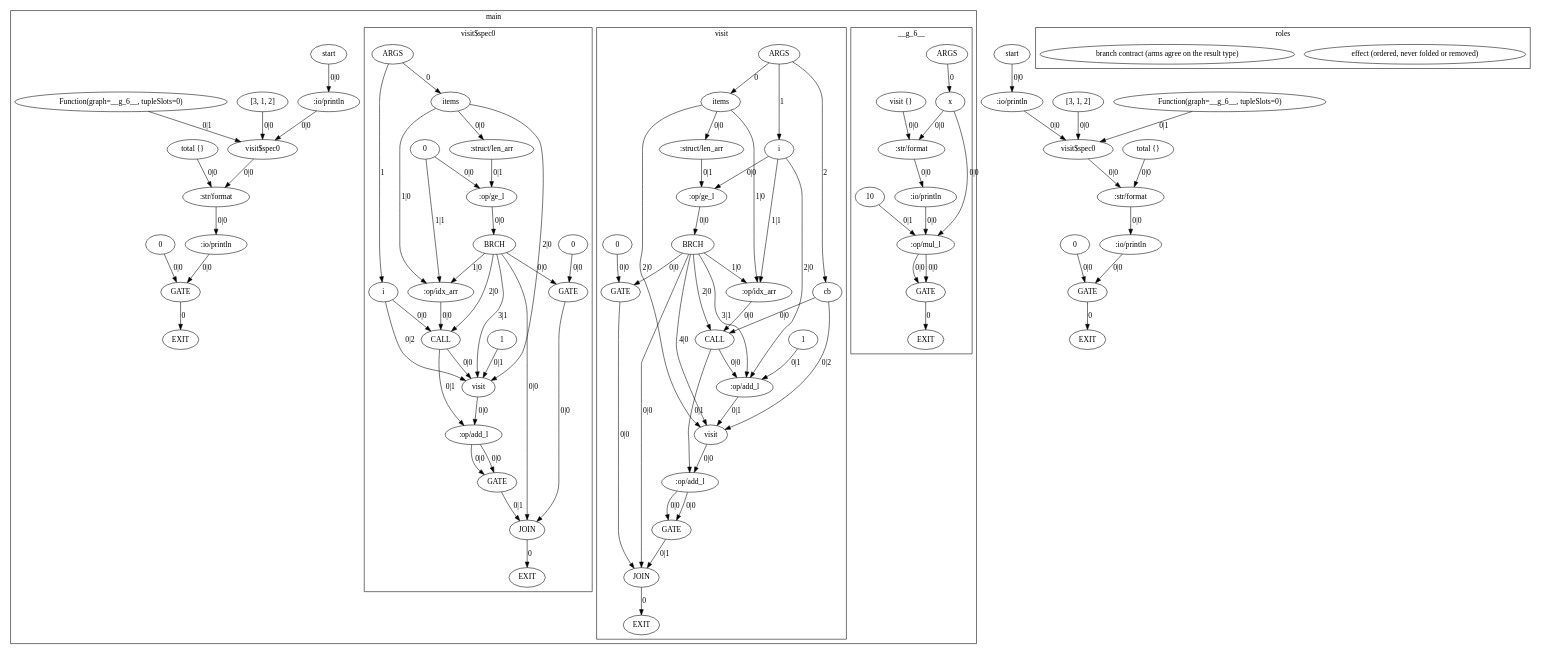
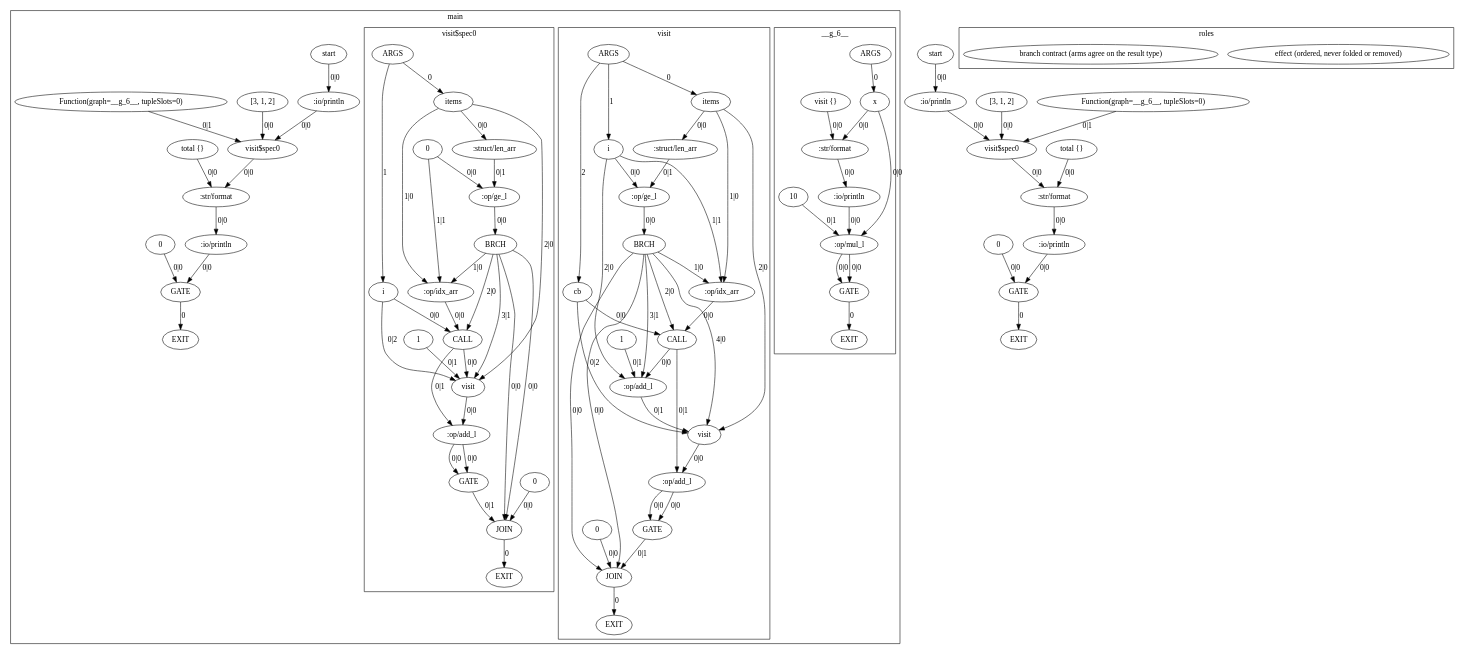
Before and after one commit to OpenCML/Camel: the diagram in exemplars/05_effect_order/expected/simplified.agir.dot, drawn with Graphviz. The commit also changed 46 other files, not shown here.

```diff
--- a/exemplars/05_effect_order/expected/simplified.agir.dot
+++ b/exemplars/05_effect_order/expected/simplified.agir.dot
@@ -35,14 +35,13 @@
             N0C [label="JOIN", type="JOIN", role="branch-contract", origin=269, span="9:11-12:5", srcfile="exemplars/05_effect_order/program.cml", value_type="int"];
             N0D [label="BRCH", type="BRCH", origin=268, span="9:11-12:5", srcfile="exemplars/05_effect_order/program.cml", value_type="int"];
             N0E [label="0", type="DATA", origin=271, span="9:35-9:36", srcfile="exemplars/05_effect_order/program.cml", value_type="int"];
-            N0F [label="GATE", type="GATE", value_type="int"];
-            N10 [label=":op/idx_arr", type="OPER", origin=274, span="10:24-10:25", srcfile="exemplars/05_effect_order/program.cml", value_type="int"];
-            N11 [label="CALL", type="CALL", origin=275, span="10:16-10:28", srcfile="exemplars/05_effect_order/program.cml", value_type="int"];
-            N12 [label="1", type="DATA", origin=279, span="11:32-11:33", srcfile="exemplars/05_effect_order/program.cml", value_type="int"];
-            N13 [label=":op/add_l", type="OPER", origin=280, span="11:30-11:31", srcfile="exemplars/05_effect_order/program.cml", value_type="int"];
-            N14 [label="visit", type="FUNC", origin=281, span="11:15-11:38", srcfile="exemplars/05_effect_order/program.cml", value_type="int"];
-            N15 [label=":op/add_l", type="OPER", origin=282, span="11:39-11:40", srcfile="exemplars/05_effect_order/program.cml", value_type="int"];
-            N16 [label="GATE", type="GATE", value_type="int"];
+            N0F [label=":op/idx_arr", type="OPER", origin=274, span="10:24-10:25", srcfile="exemplars/05_effect_order/program.cml", value_type="int"];
+            N10 [label="CALL", type="CALL", origin=275, span="10:16-10:28", srcfile="exemplars/05_effect_order/program.cml", value_type="int"];
+            N11 [label="1", type="DATA", origin=279, span="11:32-11:33", srcfile="exemplars/05_effect_order/program.cml", value_type="int"];
+            N12 [label=":op/add_l", type="OPER", origin=280, span="11:30-11:31", srcfile="exemplars/05_effect_order/program.cml", value_type="int"];
+            N13 [label="visit", type="FUNC", origin=281, span="11:15-11:38", srcfile="exemplars/05_effect_order/program.cml", value_type="int"];
+            N14 [label=":op/add_l", type="OPER", origin=282, span="11:39-11:40", srcfile="exemplars/05_effect_order/program.cml", value_type="int"];
+            N15 [label="GATE", type="GATE", value_type="int"];
             F03 -> N07 [label="0", type="NORM_PORT"];
             F03 -> N08 [label="1", type="NORM_PORT"];
             F03 -> N09 [label="2", type="NORM_PORT"];
@@ -50,121 +49,118 @@
             N07 -> N0A [label="0|0", type="NORM"];
             N08 -> N0B [label="0|0", type="NORM"];
             N0A -> N0B [label="0|1", type="NORM"];
-            N0F -> N0C [label="0|0", type="WITH"];
-            N16 -> N0C [label="0|1", type="WITH"];
+            N0E -> N0C [label="0|0", type="WITH"];
+            N15 -> N0C [label="0|1", type="WITH"];
             N0D -> N0C [label="0|0", type="NORM"];
+            N0D -> N0C [label="0|0", type="CTRL"];
             N0B -> N0D [label="0|0", type="NORM"];
-            N0E -> N0F [label="0|0", type="NORM"];
-            N0D -> N0F [label="0|0", type="CTRL"];
-            N07 -> N10 [label="1|0", type="NORM"];
-            N08 -> N10 [label="1|1", type="NORM"];
-            N0D -> N10 [label="1|0", type="CTRL"];
-            N09 -> N11 [label="0|0", type="WITH"];
-            N10 -> N11 [label="0|0", type="NORM"];
-            N0D -> N11 [label="2|0", type="CTRL"];
-            N08 -> N13 [label="2|0", type="NORM"];
+            N07 -> N0F [label="1|0", type="NORM"];
+            N08 -> N0F [label="1|1", type="NORM"];
+            N0D -> N0F [label="1|0", type="CTRL"];
+            N09 -> N10 [label="0|0", type="WITH"];
+            N0F -> N10 [label="0|0", type="NORM"];
+            N0D -> N10 [label="2|0", type="CTRL"];
+            N08 -> N12 [label="2|0", type="NORM"];
+            N11 -> N12 [label="0|1", type="NORM"];
+            N10 -> N12 [label="0|0", type="CTRL"];
+            N0D -> N12 [label="3|1", type="CTRL"];
+            N07 -> N13 [label="2|0", type="NORM"];
             N12 -> N13 [label="0|1", type="NORM"];
-            N11 -> N13 [label="0|0", type="CTRL"];
-            N0D -> N13 [label="3|1", type="CTRL"];
-            N07 -> N14 [label="2|0", type="NORM"];
-            N13 -> N14 [label="0|1", type="NORM"];
-            N09 -> N14 [label="0|2", type="NORM"];
-            N0D -> N14 [label="4|0", type="CTRL"];
+            N09 -> N13 [label="0|2", type="NORM"];
+            N0D -> N13 [label="4|0", type="CTRL"];
+            N13 -> N14 [label="0|0", type="NORM"];
+            N10 -> N14 [label="0|1", type="NORM"];
             N14 -> N15 [label="0|0", type="NORM"];
-            N11 -> N15 [label="0|1", type="NORM"];
-            N15 -> N16 [label="0|0", type="NORM"];
-            N15 -> N16 [label="0|0", type="CTRL"];
+            N14 -> N15 [label="0|0", type="CTRL"];
         }
         subgraph cluster_F04 {
             label="visit$spec0";
             F04 [label="ARGS", type="ARGS"];
             O04 [label="EXIT", type="EXIT"];
-            N17 [label="items", type="PORT", param_name="items", param_kind="normal", param_index="0", value_type="int[]"];
-            N18 [label="i", type="PORT", param_name="i", param_kind="normal", param_index="1", value_type="(x: int) => int"];
-            N19 [label=":struct/len_arr", type="OPER", origin=266, span="9:19-9:22", srcfile="exemplars/05_effect_order/program.cml", value_type="int"];
-            N1A [label=":op/ge_l", type="OPER", origin=267, span="9:16-9:18", srcfile="exemplars/05_effect_order/program.cml", value_type="bool"];
-            N1B [label="JOIN", type="JOIN", role="branch-contract", origin=269, span="9:11-12:5", srcfile="exemplars/05_effect_order/program.cml", value_type="int"];
-            N1C [label="BRCH", type="BRCH", origin=268, span="9:11-12:5", srcfile="exemplars/05_effect_order/program.cml", value_type="int"];
-            N1D [label="0", type="DATA", origin=271, span="9:35-9:36", srcfile="exemplars/05_effect_order/program.cml", value_type="int"];
-            N1E [label="GATE", type="GATE", value_type="int"];
-            N1F [label=":op/idx_arr", type="OPER", origin=274, span="10:24-10:25", srcfile="exemplars/05_effect_order/program.cml", value_type="int"];
-            N20 [label="CALL", type="CALL", origin=275, span="10:16-10:28", srcfile="exemplars/05_effect_order/program.cml", value_type="int"];
-            N21 [label="visit", type="FUNC", origin=281, span="11:15-11:38", srcfile="exemplars/05_effect_order/program.cml", value_type="int"];
-            N22 [label=":op/add_l", type="OPER", origin=282, span="11:39-11:40", srcfile="exemplars/05_effect_order/program.cml", value_type="int"];
-            N23 [label="GATE", type="GATE", value_type="int"];
-            N24 [label="0", type="DATA", value_type="int"];
-            N25 [label="1", type="DATA", origin=280, span="11:30-11:31", srcfile="exemplars/05_effect_order/program.cml", value_type="int"];
-            F04 -> N17 [label="0", type="NORM_PORT"];
-            F04 -> N18 [label="1", type="NORM_PORT"];
-            N1B -> O04 [label="0", type="EXIT"];
-            N17 -> N19 [label="0|0", type="NORM"];
-            N24 -> N1A [label="0|0", type="NORM"];
-            N19 -> N1A [label="0|1", type="NORM"];
-            N1E -> N1B [label="0|0", type="WITH"];
-            N23 -> N1B [label="0|1", type="WITH"];
-            N1C -> N1B [label="0|0", type="NORM"];
-            N1A -> N1C [label="0|0", type="NORM"];
+            N16 [label="items", type="PORT", param_name="items", param_kind="normal", param_index="0", value_type="int[]"];
+            N17 [label="i", type="PORT", param_name="i", param_kind="normal", param_index="1", value_type="(x: int) => int"];
+            N18 [label=":struct/len_arr", type="OPER", origin=266, span="9:19-9:22", srcfile="exemplars/05_effect_order/program.cml", value_type="int"];
+            N19 [label=":op/ge_l", type="OPER", origin=267, span="9:16-9:18", srcfile="exemplars/05_effect_order/program.cml", value_type="bool"];
+            N1A [label="JOIN", type="JOIN", role="branch-contract", origin=269, span="9:11-12:5", srcfile="exemplars/05_effect_order/program.cml", value_type="int"];
+            N1B [label="BRCH", type="BRCH", origin=268, span="9:11-12:5", srcfile="exemplars/05_effect_order/program.cml", value_type="int"];
+            N1C [label="0", type="DATA", origin=271, span="9:35-9:36", srcfile="exemplars/05_effect_order/program.cml", value_type="int"];
+            N1D [label=":op/idx_arr", type="OPER", origin=274, span="10:24-10:25", srcfile="exemplars/05_effect_order/program.cml", value_type="int"];
+            N1E [label="CALL", type="CALL", origin=275, span="10:16-10:28", srcfile="exemplars/05_effect_order/program.cml", value_type="int"];
+            N1F [label="visit", type="FUNC", origin=281, span="11:15-11:38", srcfile="exemplars/05_effect_order/program.cml", value_type="int"];
+            N20 [label=":op/add_l", type="OPER", origin=282, span="11:39-11:40", srcfile="exemplars/05_effect_order/program.cml", value_type="int"];
+            N21 [label="GATE", type="GATE", value_type="int"];
+            N22 [label="0", type="DATA", value_type="int"];
+            N23 [label="1", type="DATA", origin=280, span="11:30-11:31", srcfile="exemplars/05_effect_order/program.cml", value_type="int"];
+            F04 -> N16 [label="0", type="NORM_PORT"];
+            F04 -> N17 [label="1", type="NORM_PORT"];
+            N1A -> O04 [label="0", type="EXIT"];
+            N16 -> N18 [label="0|0", type="NORM"];
+            N22 -> N19 [label="0|0", type="NORM"];
+            N18 -> N19 [label="0|1", type="NORM"];
+            N1C -> N1A [label="0|0", type="WITH"];
+            N21 -> N1A [label="0|1", type="WITH"];
+            N1B -> N1A [label="0|0", type="NORM"];
+            N1B -> N1A [label="0|0", type="CTRL"];
+            N19 -> N1B [label="0|0", type="NORM"];
+            N16 -> N1D [label="1|0", type="NORM"];
+            N22 -> N1D [label="1|1", type="NORM"];
+            N1B -> N1D [label="1|0", type="CTRL"];
+            N17 -> N1E [label="0|0", type="WITH"];
             N1D -> N1E [label="0|0", type="NORM"];
-            N1C -> N1E [label="0|0", type="CTRL"];
-            N17 -> N1F [label="1|0", type="NORM"];
-            N24 -> N1F [label="1|1", type="NORM"];
-            N1C -> N1F [label="1|0", type="CTRL"];
-            N18 -> N20 [label="0|0", type="WITH"];
+            N1B -> N1E [label="2|0", type="CTRL"];
+            N16 -> N1F [label="2|0", type="NORM"];
+            N23 -> N1F [label="0|1", type="NORM"];
+            N17 -> N1F [label="0|2", type="NORM"];
+            N1E -> N1F [label="0|0", type="CTRL"];
+            N1B -> N1F [label="3|1", type="CTRL"];
             N1F -> N20 [label="0|0", type="NORM"];
-            N1C -> N20 [label="2|0", type="CTRL"];
-            N17 -> N21 [label="2|0", type="NORM"];
-            N25 -> N21 [label="0|1", type="NORM"];
-            N18 -> N21 [label="0|2", type="NORM"];
+            N1E -> N20 [label="0|1", type="NORM"];
+            N20 -> N21 [label="0|0", type="NORM"];
             N20 -> N21 [label="0|0", type="CTRL"];
-            N1C -> N21 [label="3|1", type="CTRL"];
-            N21 -> N22 [label="0|0", type="NORM"];
-            N20 -> N22 [label="0|1", type="NORM"];
-            N22 -> N23 [label="0|0", type="NORM"];
-            N22 -> N23 [label="0|0", type="CTRL"];
         }
         O01 [label="EXIT", type="EXIT"];
-        N26 [label="start", type="DATA", origin=285, span="16:12-16:19", srcfile="exemplars/05_effect_order/program.cml", value_type="string"];
-        N27 [label=":io/println", type="OPER", role="effect", origin=286, span="16:4-16:11", srcfile="exemplars/05_effect_order/program.cml", value_type="string"];
-        N28 [label="[3, 1, 2]", type="DATA", origin=288, span="17:22-17:31", srcfile="exemplars/05_effect_order/program.cml", value_type="int[]"];
-        N29 [label="Function(graph=__g_6__, tupleSlots=0)", type="DATA", origin=290, span="17:36-20:5", srcfile="exemplars/05_effect_order/program.cml", value_type="(x: int) => int"];
-        N2A [label="visit$spec0", type="FUNC", origin=299, span="17:16-20:6", srcfile="exemplars/05_effect_order/program.cml", value_type="int"];
-        N2B [label="total {}", type="DATA", origin=302, span="21:12-21:22", srcfile="exemplars/05_effect_order/program.cml", value_type="string"];
-        N2C [label=":str/format", type="OPER", origin=303, span="21:30-21:37", srcfile="exemplars/05_effect_order/program.cml", value_type="string"];
-        N2D [label=":io/println", type="OPER", role="effect", origin=304, span="21:4-21:11", srcfile="exemplars/05_effect_order/program.cml", value_type="string"];
-        N2E [label="0", type="DATA", origin=305, span="22:11-22:12", srcfile="exemplars/05_effect_order/program.cml", value_type="int"];
-        N2F [label="GATE", type="GATE", value_type="int"];
-        N2F -> O01 [label="0", type="EXIT"];
-        N26 -> N27 [label="0|0", type="NORM"];
-        N28 -> N2A [label="0|0", type="NORM"];
-        N29 -> N2A [label="0|1", type="NORM"];
-        N27 -> N2A [label="0|0", type="CTRL"];
-        N2A -> N2C [label="0|0", type="WITH"];
-        N2B -> N2C [label="0|0", type="NORM"];
+        N24 [label="start", type="DATA", origin=285, span="16:12-16:19", srcfile="exemplars/05_effect_order/program.cml", value_type="string"];
+        N25 [label=":io/println", type="OPER", role="effect", origin=286, span="16:4-16:11", srcfile="exemplars/05_effect_order/program.cml", value_type="string"];
+        N26 [label="[3, 1, 2]", type="DATA", origin=288, span="17:22-17:31", srcfile="exemplars/05_effect_order/program.cml", value_type="int[]"];
+        N27 [label="Function(graph=__g_6__, tupleSlots=0)", type="DATA", origin=290, span="17:36-20:5", srcfile="exemplars/05_effect_order/program.cml", value_type="(x: int) => int"];
+        N28 [label="visit$spec0", type="FUNC", origin=299, span="17:16-20:6", srcfile="exemplars/05_effect_order/program.cml", value_type="int"];
+        N29 [label="total {}", type="DATA", origin=302, span="21:12-21:22", srcfile="exemplars/05_effect_order/program.cml", value_type="string"];
+        N2A [label=":str/format", type="OPER", origin=303, span="21:30-21:37", srcfile="exemplars/05_effect_order/program.cml", value_type="string"];
+        N2B [label=":io/println", type="OPER", role="effect", origin=304, span="21:4-21:11", srcfile="exemplars/05_effect_order/program.cml", value_type="string"];
+        N2C [label="0", type="DATA", origin=305, span="22:11-22:12", srcfile="exemplars/05_effect_order/program.cml", value_type="int"];
+        N2D [label="GATE", type="GATE", value_type="int"];
+        N2D -> O01 [label="0", type="EXIT"];
+        N24 -> N25 [label="0|0", type="NORM"];
+        N26 -> N28 [label="0|0", type="NORM"];
+        N27 -> N28 [label="0|1", type="NORM"];
+        N25 -> N28 [label="0|0", type="CTRL"];
+        N28 -> N2A [label="0|0", type="WITH"];
+        N29 -> N2A [label="0|0", type="NORM"];
+        N2A -> N2B [label="0|0", type="NORM"];
         N2C -> N2D [label="0|0", type="NORM"];
-        N2E -> N2F [label="0|0", type="NORM"];
-        N2D -> N2F [label="0|0", type="CTRL"];
+        N2B -> N2D [label="0|0", type="CTRL"];
     }
     O00 [label="EXIT", type="EXIT"];
-    N30 [label="start", type="DATA", origin=285, span="16:12-16:19", srcfile="exemplars/05_effect_order/program.cml", value_type="string"];
-    N31 [label=":io/println", type="OPER", role="effect", origin=286, span="16:4-16:11", srcfile="exemplars/05_effect_order/program.cml", value_type="string"];
-    N32 [label="[3, 1, 2]", type="DATA", origin=288, span="17:22-17:31", srcfile="exemplars/05_effect_order/program.cml", value_type="int[]"];
-    N33 [label="0", type="DATA", origin=289, span="17:33-17:34", srcfile="exemplars/05_effect_order/program.cml", value_type="int"];
-    N34 [label="Function(graph=__g_6__, tupleSlots=0)", type="DATA", origin=290, span="17:36-20:5", srcfile="exemplars/05_effect_order/program.cml", value_type="(x: int) => int"];
-    N35 [label="visit$spec0", type="FUNC", origin=299, span="17:16-20:6", srcfile="exemplars/05_effect_order/program.cml", value_type="int"];
-    N36 [label="total {}", type="DATA", origin=302, span="21:12-21:22", srcfile="exemplars/05_effect_order/program.cml", value_type="string"];
-    N37 [label=":str/format", type="OPER", origin=303, span="21:30-21:37", srcfile="exemplars/05_effect_order/program.cml", value_type="string"];
-    N38 [label=":io/println", type="OPER", role="effect", origin=304, span="21:4-21:11", srcfile="exemplars/05_effect_order/program.cml", value_type="string"];
-    N39 [label="GATE", type="GATE", value_type="int"];
-    N39 -> O00 [label="0", type="EXIT"];
-    N30 -> N31 [label="0|0", type="NORM"];
-    N32 -> N35 [label="0|0", type="NORM"];
-    N34 -> N35 [label="0|1", type="NORM"];
-    N31 -> N35 [label="0|0", type="CTRL"];
-    N35 -> N37 [label="0|0", type="WITH"];
-    N36 -> N37 [label="0|0", type="NORM"];
-    N37 -> N38 [label="0|0", type="NORM"];
-    N33 -> N39 [label="0|0", type="NORM"];
-    N38 -> N39 [label="0|0", type="CTRL"];
+    N2E [label="start", type="DATA", origin=285, span="16:12-16:19", srcfile="exemplars/05_effect_order/program.cml", value_type="string"];
+    N2F [label=":io/println", type="OPER", role="effect", origin=286, span="16:4-16:11", srcfile="exemplars/05_effect_order/program.cml", value_type="string"];
+    N30 [label="[3, 1, 2]", type="DATA", origin=288, span="17:22-17:31", srcfile="exemplars/05_effect_order/program.cml", value_type="int[]"];
+    N31 [label="0", type="DATA", origin=289, span="17:33-17:34", srcfile="exemplars/05_effect_order/program.cml", value_type="int"];
+    N32 [label="Function(graph=__g_6__, tupleSlots=0)", type="DATA", origin=290, span="17:36-20:5", srcfile="exemplars/05_effect_order/program.cml", value_type="(x: int) => int"];
+    N33 [label="visit$spec0", type="FUNC", origin=299, span="17:16-20:6", srcfile="exemplars/05_effect_order/program.cml", value_type="int"];
+    N34 [label="total {}", type="DATA", origin=302, span="21:12-21:22", srcfile="exemplars/05_effect_order/program.cml", value_type="string"];
+    N35 [label=":str/format", type="OPER", origin=303, span="21:30-21:37", srcfile="exemplars/05_effect_order/program.cml", value_type="string"];
+    N36 [label=":io/println", type="OPER", role="effect", origin=304, span="21:4-21:11", srcfile="exemplars/05_effect_order/program.cml", value_type="string"];
+    N37 [label="GATE", type="GATE", value_type="int"];
+    N37 -> O00 [label="0", type="EXIT"];
+    N2E -> N2F [label="0|0", type="NORM"];
+    N30 -> N33 [label="0|0", type="NORM"];
+    N32 -> N33 [label="0|1", type="NORM"];
+    N2F -> N33 [label="0|0", type="CTRL"];
+    N33 -> N35 [label="0|0", type="WITH"];
+    N34 -> N35 [label="0|0", type="NORM"];
+    N35 -> N36 [label="0|0", type="NORM"];
+    N31 -> N37 [label="0|0", type="NORM"];
+    N36 -> N37 [label="0|0", type="CTRL"];
     subgraph cluster_legend {
         label="roles";
         "legend_effect" [label="effect (ordered, never folded or removed)", type="LEGEND", role="effect"];
```
